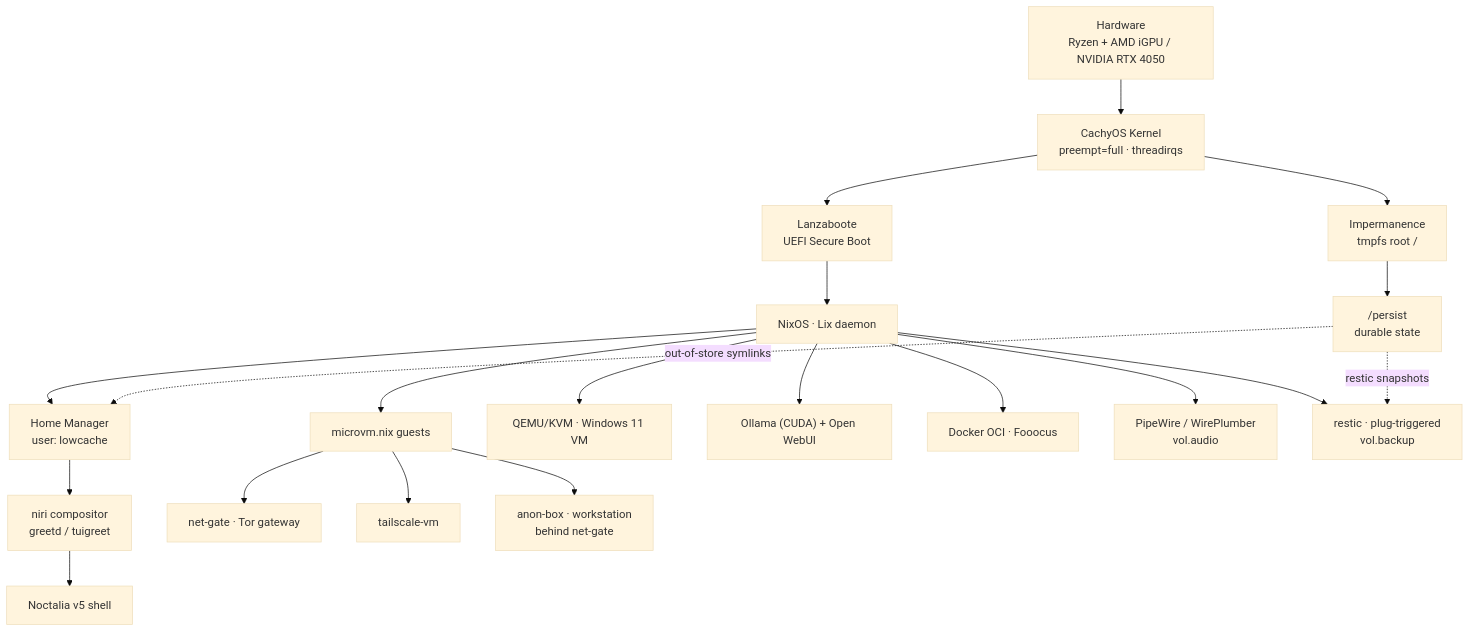
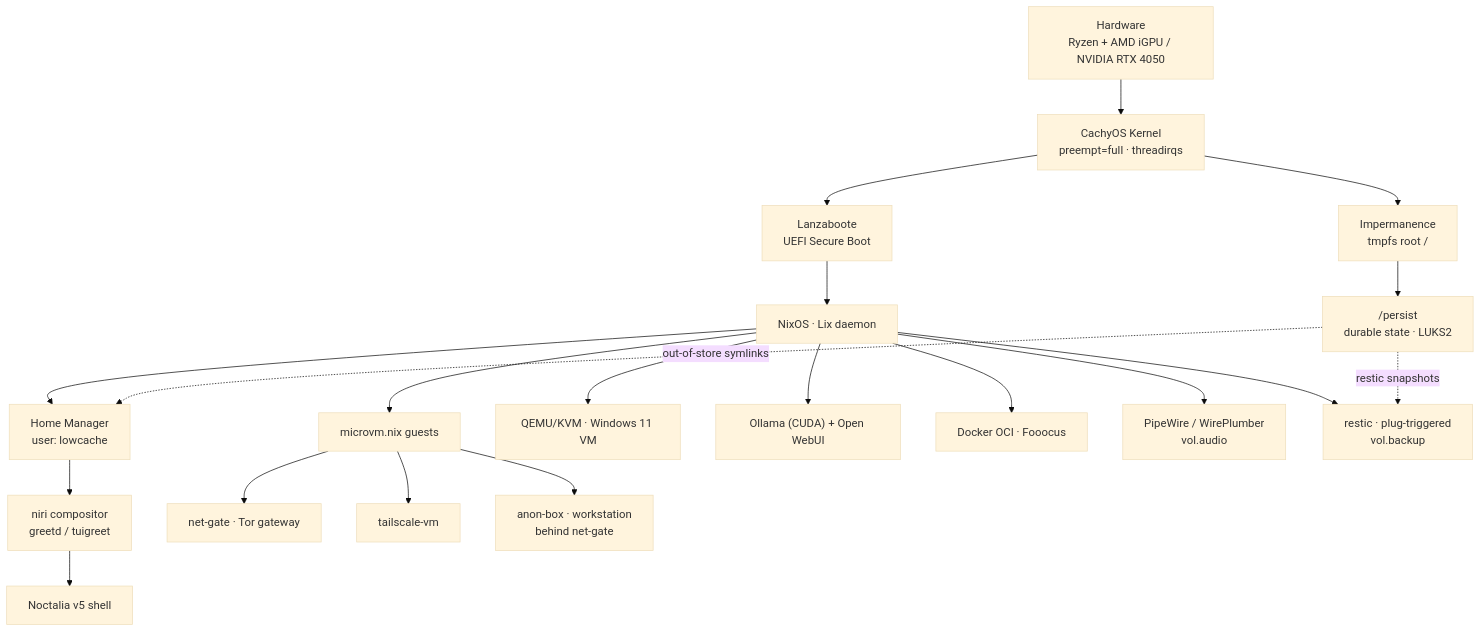
The diagram in content/en/architecture/_index.md (lowcache/volnixos-wiki), drawn with Mermaid (base theme) before and after one commit. The commit also changed other lines of this file and 29 other files, not shown here.

````diff
--- a/content/en/architecture/_index.md
+++ b/content/en/architecture/_index.md
@@ -13,22 +13,22 @@
 ```mermaid
 graph TD
     HW["Hardware<br/>Ryzen + AMD iGPU / NVIDIA RTX 4050"] --> K["CachyOS Kernel<br/>preempt=full · threadirqs"]
     K --> LB["Lanzaboote<br/>UEFI Secure Boot"]
     K --> IMP["Impermanence<br/>tmpfs root /"]
-    IMP --> P["/persist<br/>durable state"]
+    IMP --> P["/persist<br/>durable state · LUKS2"]
     LB --> NIX["NixOS · Lix daemon"]
     NIX --> HM["Home Manager<br/>user: lowcache"]
     HM --> NIRI["niri compositor<br/>greetd / tuigreet"]
     NIRI --> NOCT["Noctalia v5 shell"]
     NIX --> VM["microvm.nix guests"]
     VM --> TOR["net-gate · Tor gateway"]
     VM --> TS["tailscale-vm"]
     VM --> ANON["anon-box · workstation<br/>behind net-gate"]
     NIX --> WIN["QEMU/KVM · Windows 11 VM"]
     NIX --> AI["Ollama (CUDA) + Open WebUI"]
     NIX --> DK["Docker OCI · Fooocus"]
     NIX --> AUD["PipeWire / WirePlumber<br/>vol.audio"]
     NIX --> BAK["restic · plug-triggered<br/>vol.backup"]
     P -. out-of-store symlinks .-> HM
     P -. restic snapshots .-> BAK
 ```
````
